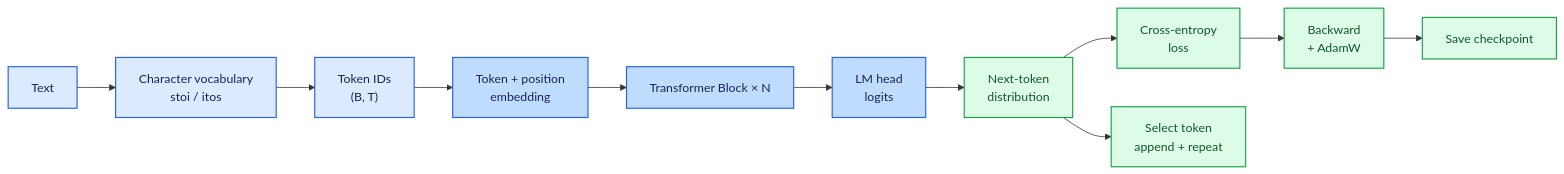
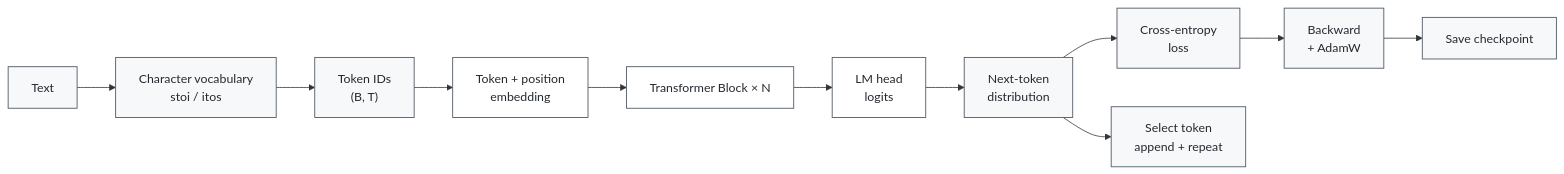
The first of 2 diagrams in README.en.md (hero7014/mini-transformer), drawn with Mermaid before and after one commit. The commit also changed other lines of this file and 1 other file, not shown here.

Commit message:
docs: use monochrome Mermaid diagrams

````diff
--- a/README.en.md
+++ b/README.en.md
@@ -55,20 +55,20 @@
 ```mermaid
 flowchart LR
     text["Text"] --> vocab["Character vocabulary<br/>stoi / itos"]
     vocab --> ids["Token IDs<br/>(B, T)"]
     ids --> embed["Token + position<br/>embedding"]
     embed --> blocks["Transformer Block × N"]
     blocks --> head["LM head<br/>logits"]
     head --> pred["Next-token<br/>distribution"]
     pred --> loss["Cross-entropy<br/>loss"]
     loss --> update["Backward<br/>+ AdamW"]
     update --> save["Save checkpoint"]
     pred --> decode["Select token<br/>append + repeat"]
 
-    classDef input fill:#dbeafe,stroke:#2563eb,color:#172554,stroke-width:1.5px
-    classDef core fill:#bfdbfe,stroke:#2563eb,color:#172554,stroke-width:1.5px
-    classDef output fill:#dcfce7,stroke:#16a34a,color:#14532d,stroke-width:1.5px
+    classDef input fill:#f6f8fa,stroke:#57606a,color:#24292f,stroke-width:1.2px
+    classDef core fill:#ffffff,stroke:#57606a,color:#24292f,stroke-width:1.2px
+    classDef output fill:#f6f8fa,stroke:#57606a,color:#24292f,stroke-width:1.2px
     class text,vocab,ids input
     class embed,blocks,head core
     class pred,loss,update,save,decode output
 ```
````
